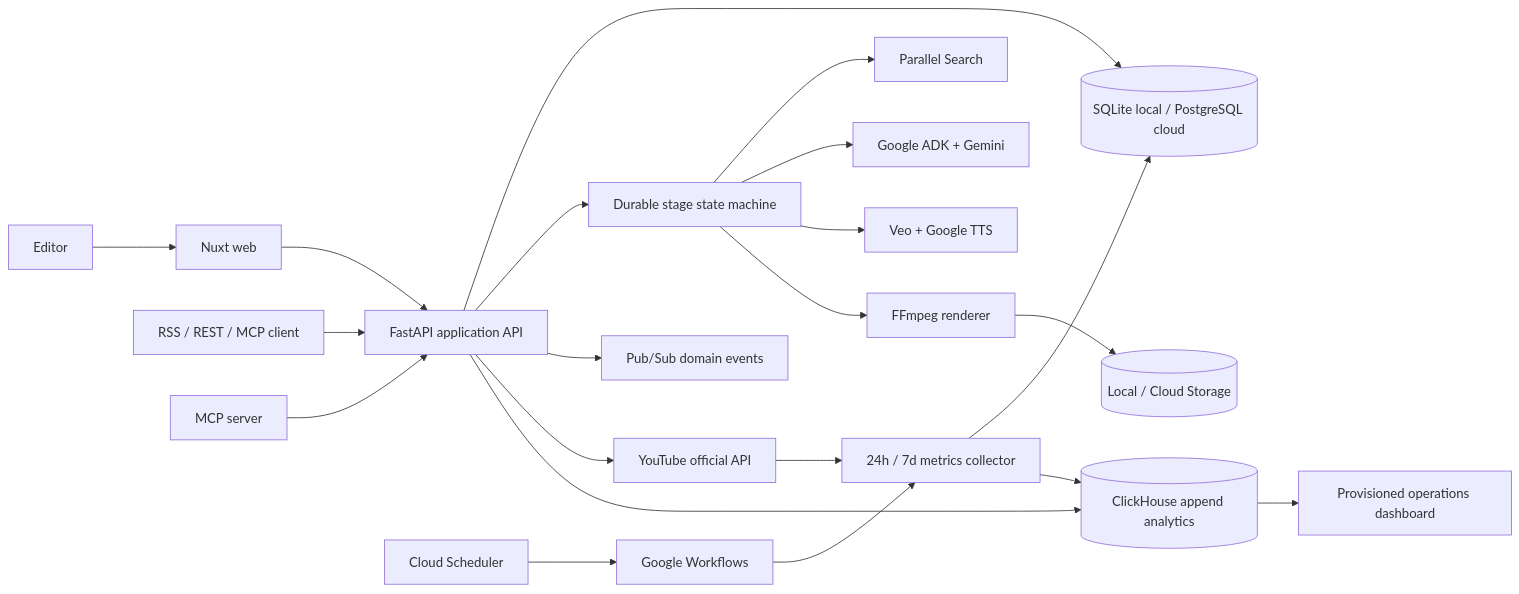
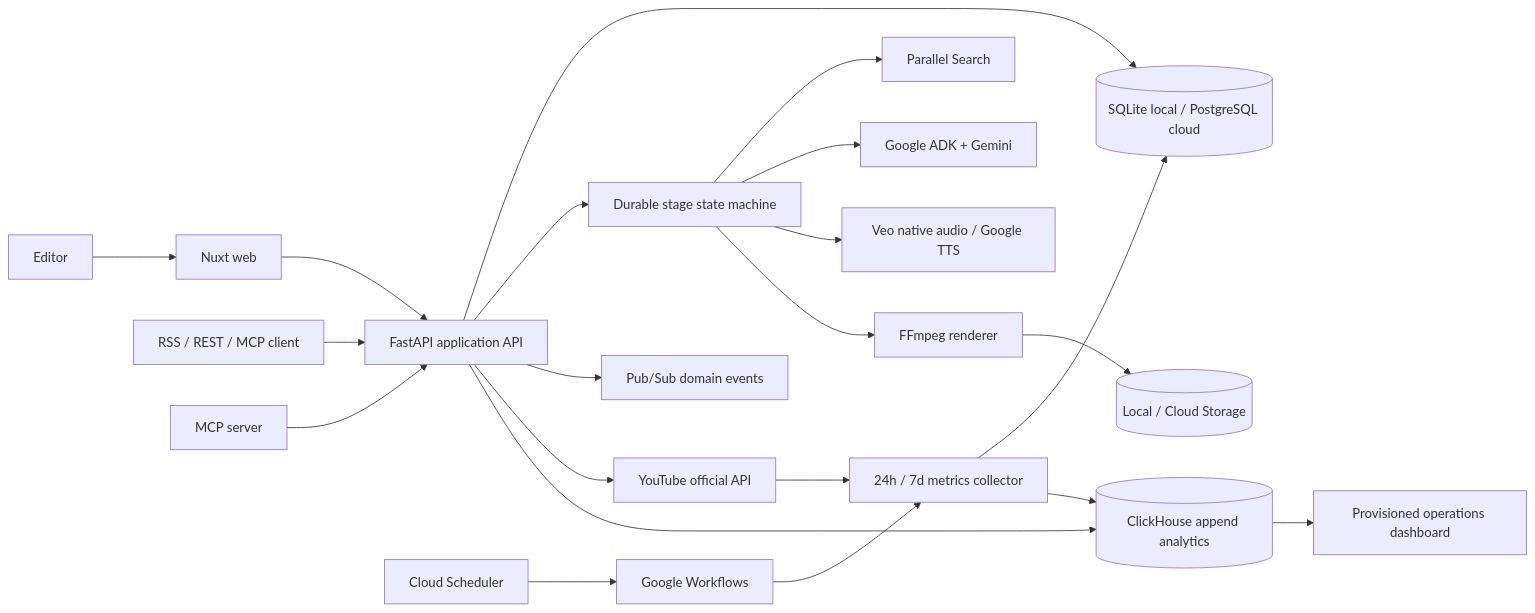
The first of 2 diagrams in docs/architecture/architecture.md (SubSchoolLTD/agentic-video-studio), drawn with Mermaid before and after one commit. The commit also changed other lines of this file and 29 other files, not shown here.

Commit message:
Add admin economics and native-audio UGC (#6)

````diff
--- a/docs/architecture/architecture.md
+++ b/docs/architecture/architecture.md
@@ -9,23 +9,23 @@
 ```mermaid
 flowchart LR
   User[Editor] --> Web[Nuxt web]
   Client[RSS / REST / MCP client] --> API[FastAPI application API]
   Web --> API
   MCP[MCP server] --> API
   API --> DB[(SQLite local / PostgreSQL cloud)]
   API --> WF[Durable stage state machine]
   Scheduler[Cloud Scheduler] --> GWF[Google Workflows]
   GWF --> Metrics
   API --> PubSub[Pub/Sub domain events]
   WF --> Parallel[Parallel Search]
   WF --> ADK[Google ADK + Gemini]
-  WF --> Veo[Veo + Google TTS]
+  WF --> Veo[Veo native audio / Google TTS]
   WF --> Render[FFmpeg renderer]
   Render --> Media[(Local / Cloud Storage)]
   API --> YouTube[YouTube official API]
   YouTube --> Metrics[24h / 7d metrics collector]
   Metrics --> DB
   Metrics --> Events[(ClickHouse append analytics)]
   API --> Events
   Events --> Grafana[Provisioned operations dashboard]
 ```
````
